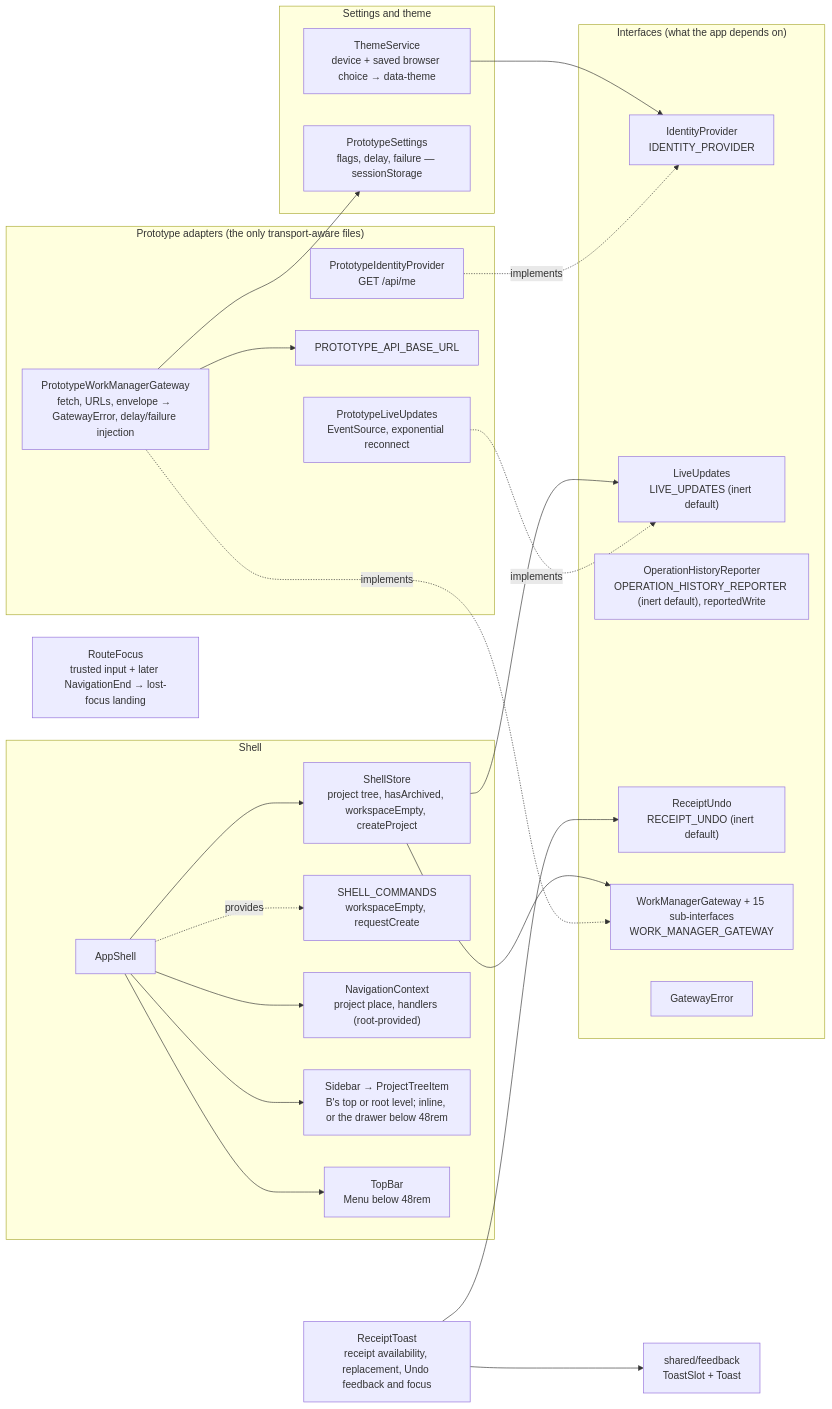
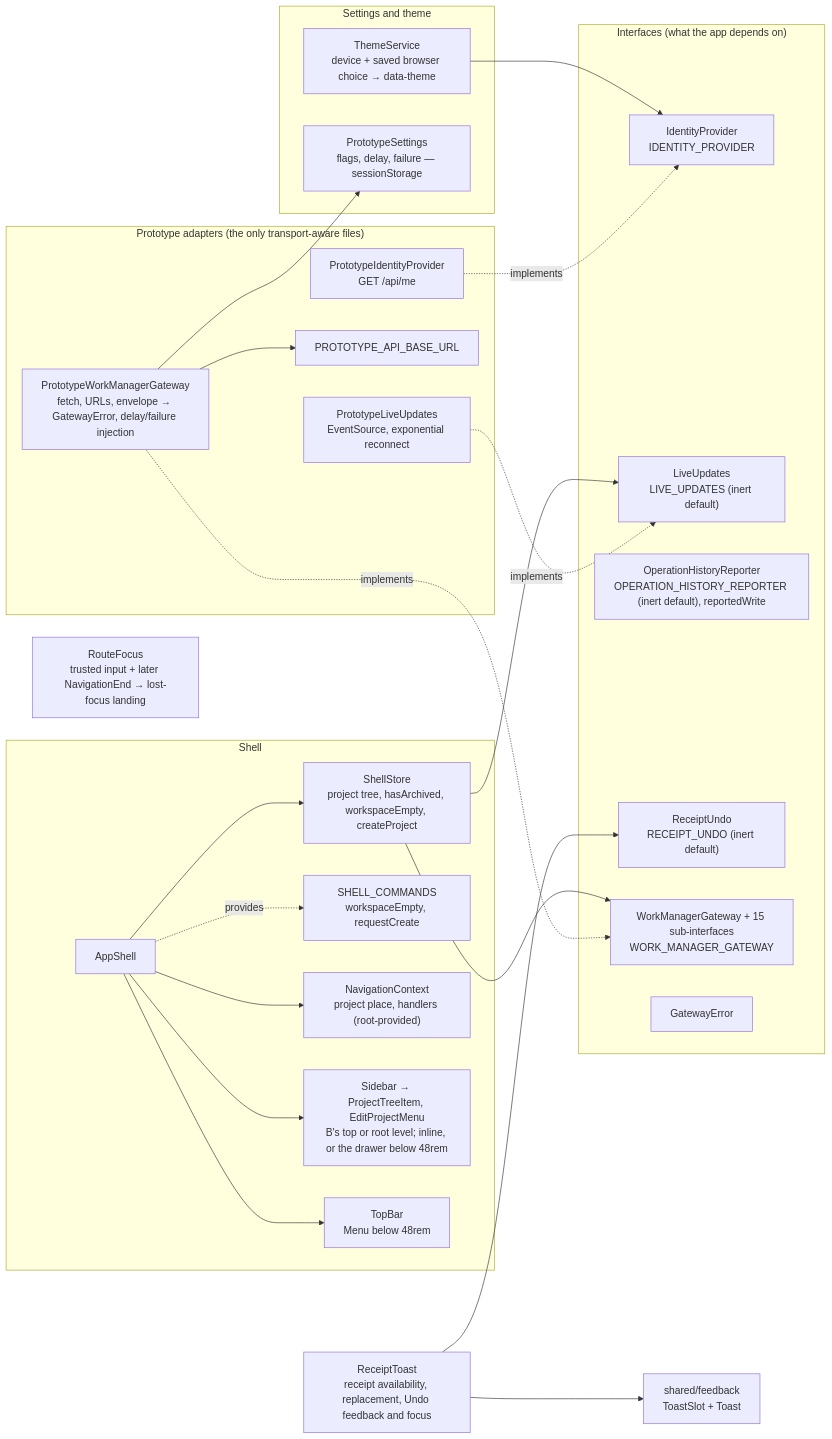
Before and after one commit to CalciteDragon/Canvas-work-manager-prototype: the first of 2 diagrams in docs/architecture/web/core/what.md, drawn with Mermaid. The commit also changed other lines of this file and 25 other files, not shown here.

First line of the commit message:
feat(slice 81): step 5 tree interaction: chevron, pencil menu, disclosures, tooltips, archived colour; lazy /settings and /search (§23, §26, §77)

````diff
--- a/docs/architecture/web/core/what.md
+++ b/docs/architecture/web/core/what.md
@@ -5,44 +5,44 @@
 ```mermaid
 flowchart LR
   subgraph ports["Interfaces (what the app depends on)"]
     id["IdentityProvider<br/>IDENTITY_PROVIDER"]
     lu["LiveUpdates<br/>LIVE_UPDATES (inert default)"]
     rep["OperationHistoryReporter<br/>OPERATION_HISTORY_REPORTER (inert default), reportedWrite"]
     undo["ReceiptUndo<br/>RECEIPT_UNDO (inert default)"]
     gw["WorkManagerGateway + 15 sub-interfaces<br/>WORK_MANAGER_GATEWAY"]
     err["GatewayError"]
   end
   subgraph adapters["Prototype adapters (the only transport-aware files)"]
     pid["PrototypeIdentityProvider<br/>GET /api/me"]
     pgw["PrototypeWorkManagerGateway<br/>fetch, URLs, envelope → GatewayError, delay/failure injection"]
     cfg["PROTOTYPE_API_BASE_URL"]
     plu["PrototypeLiveUpdates<br/>EventSource, exponential reconnect"]
   end
   subgraph settings["Settings and theme"]
     th["ThemeService<br/>device + saved browser choice → data-theme"]
     ps["PrototypeSettings<br/>flags, delay, failure — sessionStorage"]
   end
   routeFocus["RouteFocus<br/>trusted input + later NavigationEnd → lost-focus landing"]
   toast["ReceiptToast<br/>receipt availability, replacement, Undo feedback and focus"]
   slot["shared/feedback<br/>ToastSlot + Toast"]
   subgraph shell["Shell"]
     as["AppShell"]
     ss["ShellStore<br/>project tree, hasArchived, workspaceEmpty, createProject"]
     sc["SHELL_COMMANDS<br/>workspaceEmpty, requestCreate"]
     nc["NavigationContext<br/>project place, handlers (root-provided)"]
-    sb["Sidebar → ProjectTreeItem<br/>B's top or root level; inline, or the drawer below 48rem"]
+    sb["Sidebar → ProjectTreeItem, EditProjectMenu<br/>B's top or root level; inline, or the drawer below 48rem"]
     tb["TopBar<br/>Menu below 48rem"]
   end
   pgw -. implements .-> gw
   pid -. implements .-> id
   plu -. implements .-> lu
   pgw --> cfg
   pgw --> ps
   as --> ss --> gw
   ss --> lu
   as --> sb & tb
   as --> nc
   as -. provides .-> sc
   th --> id
   toast --> undo & slot
 ```
````
